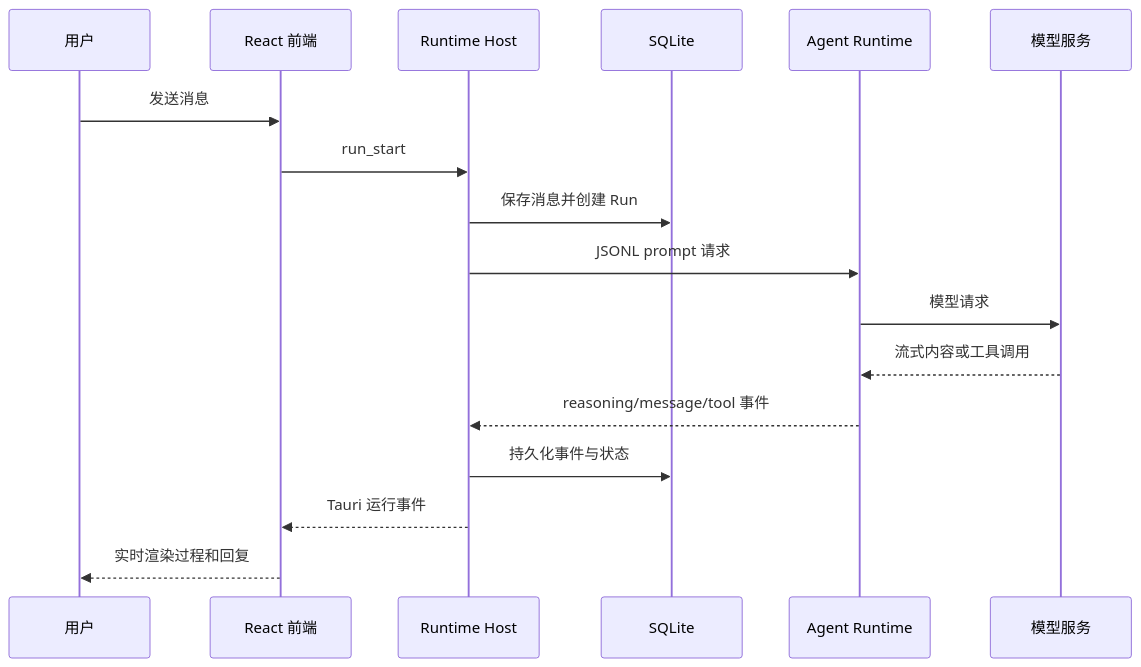
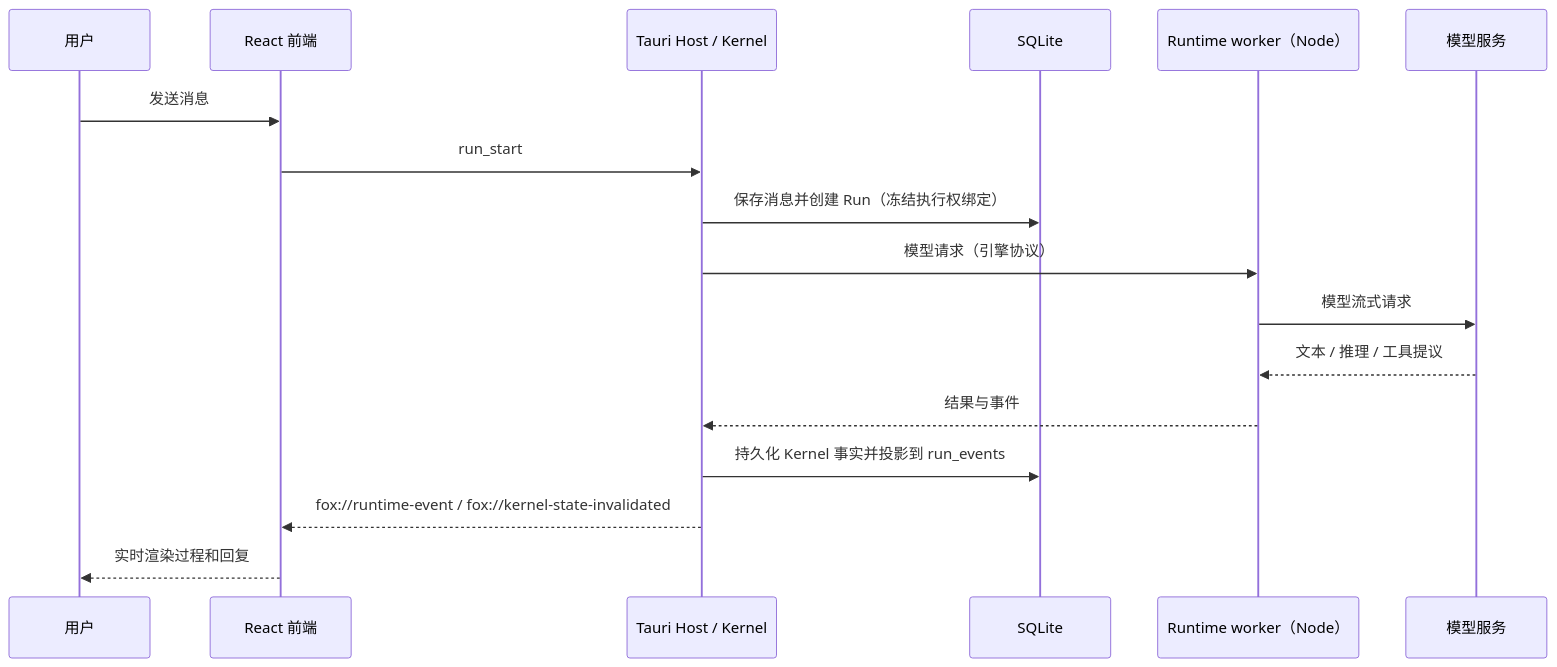
One commit to Hry1729/Fox-Agent changed the second of 3 diagrams in docs/01-项目概览/系统概览.md. Above: the diagram before and after it, drawn with Mermaid. The commit also changed other lines of this file, not shown here.

Commit message:
docs: 系统概览 对齐四 Agent、v97 与当前代码 [skip ci]

````diff
--- a/docs/01-项目概览/系统概览.md
+++ b/docs/01-项目概览/系统概览.md
@@ -47,20 +67,20 @@
 ```mermaid
 sequenceDiagram
   participant U as 用户
   participant F as React 前端
-  participant H as Runtime Host
+  participant H as Tauri Host / Kernel
   participant D as SQLite
-  participant R as Agent Runtime
+  participant W as Runtime worker（Node）
   participant M as 模型服务
 
   U->>F: 发送消息
   F->>H: run_start
-  H->>D: 保存消息并创建 Run
-  H->>R: JSONL prompt 请求
-  R->>M: 模型请求
-  M-->>R: 流式内容或工具调用
-  R-->>H: reasoning/message/tool 事件
-  H->>D: 持久化事件与状态
-  H-->>F: Tauri 运行事件
+  H->>D: 保存消息并创建 Run（冻结执行权绑定）
+  H->>W: 模型请求（引擎协议）
+  W->>M: 模型流式请求
+  M-->>W: 文本 / 推理 / 工具提议
+  W-->>H: 结果与事件
+  H->>D: 持久化 Kernel 事实并投影到 run_events
+  H-->>F: fox://runtime-event / fox://kernel-state-invalidated
   F-->>U: 实时渲染过程和回复
 ```
````
